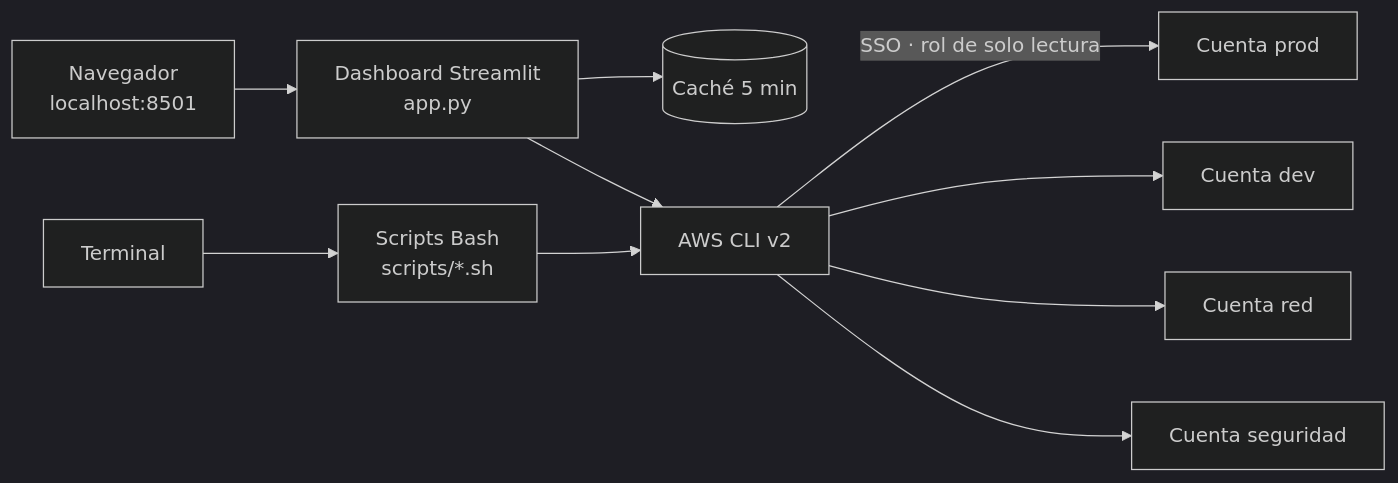
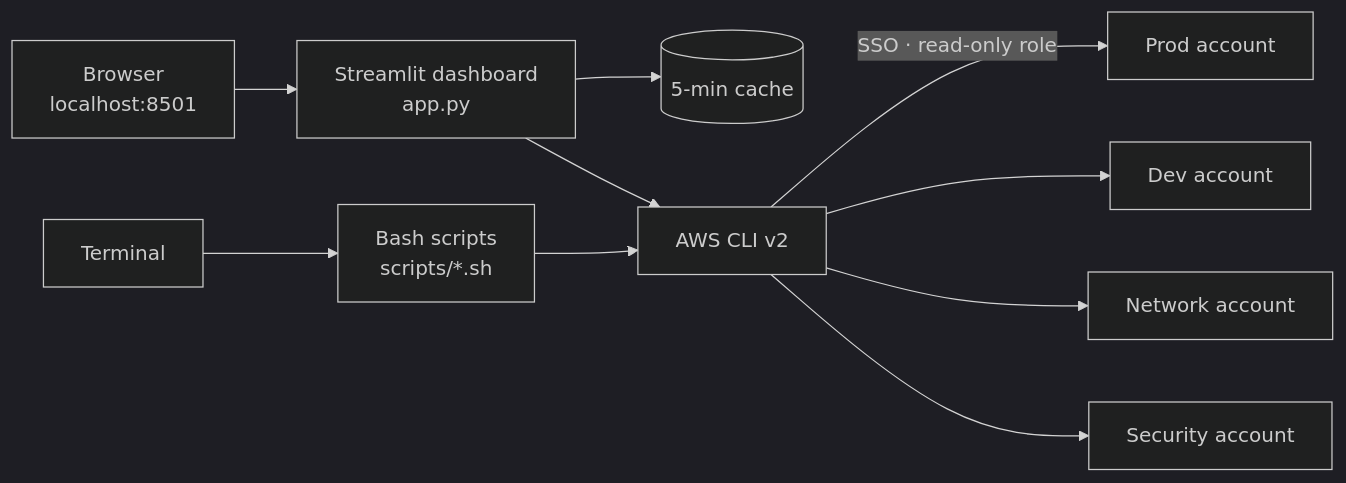
Before and after one commit to pablog765/AWS-pulse-observability: the diagram in README.md, drawn with Mermaid (dark theme). The commit also changed other lines of this file and 3 other files, not shown here.

````diff
--- a/README.md
+++ b/README.md
@@ -32,12 +34,12 @@
 ```mermaid
 flowchart LR
-    U[Navegador<br/>localhost:8501] --> D[Dashboard Streamlit<br/>app.py]
-    T[Terminal] --> S[Scripts Bash<br/>scripts/*.sh]
-    D --> C[(Caché 5 min)]
+    U[Browser<br/>localhost:8501] --> D[Streamlit dashboard<br/>app.py]
+    T[Terminal] --> S[Bash scripts<br/>scripts/*.sh]
+    D --> C[(5-min cache)]
     D --> CLI[AWS CLI v2]
     S --> CLI
-    CLI -->|SSO · rol de solo lectura| A1[Cuenta prod]
-    CLI --> A2[Cuenta dev]
-    CLI --> A3[Cuenta red]
-    CLI --> A4[Cuenta seguridad]
+    CLI -->|SSO · read-only role| A1[Prod account]
+    CLI --> A2[Dev account]
+    CLI --> A3[Network account]
+    CLI --> A4[Security account]
 ```
````
